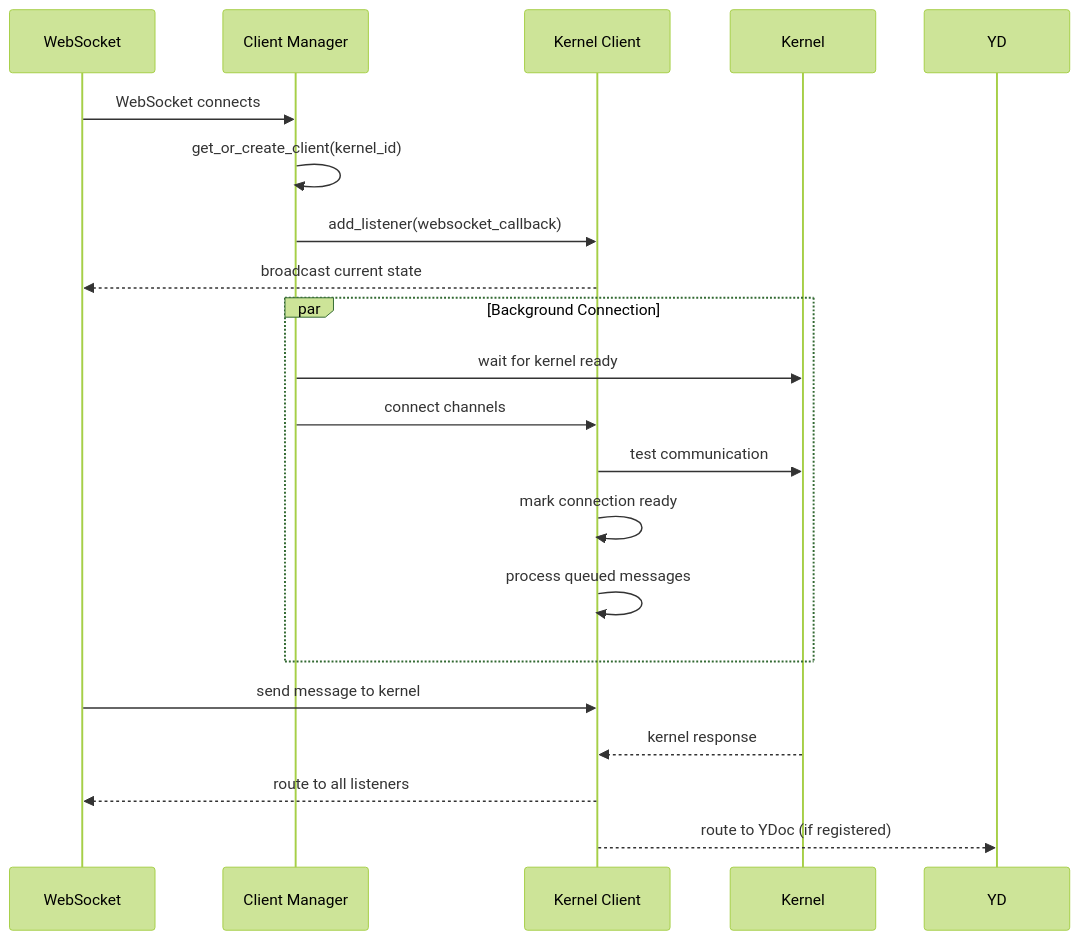
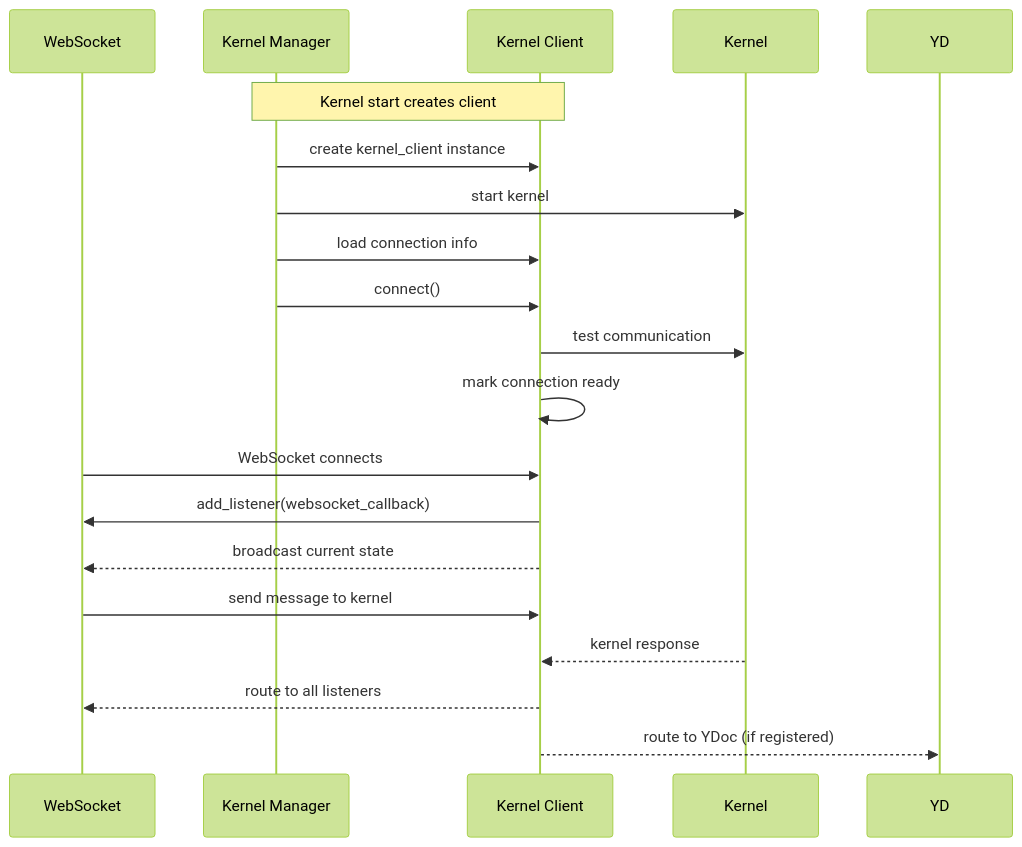
Before and after one commit to Zsailer/nextgen-kernels-api: the third of 3 diagrams in README.md, drawn with Mermaid (forest theme). The commit also changed other lines of this file and 1 other file, not shown here.

Commit message:
Remove unused client manager and update docs
- Delete client_manager.py (no longer used in architecture)
- Update README diagrams to show kernel manager owns client
- Update integration example to access client via kernel manager
- Remove references to client_manager from app.settings

````diff
--- a/README.md
+++ b/README.md
@@ -53,25 +53,24 @@
 ```mermaid
 sequenceDiagram
     participant WS as WebSocket
-    participant CM as Client Manager
+    participant KM as Kernel Manager
     participant KC as Kernel Client
     participant K as Kernel
 
-    WS->>CM: WebSocket connects
-    CM->>CM: get_or_create_client(kernel_id)
-    CM->>KC: add_listener(websocket_callback)
+    Note over KM,KC: Kernel start creates client
+    KM->>KC: create kernel_client instance
+    KM->>K: start kernel
+    KM->>KC: load connection info
+    KM->>KC: connect()
+    KC->>K: test communication
+    KC->>KC: mark connection ready
+
+    WS->>KC: WebSocket connects
+    KC->>WS: add_listener(websocket_callback)
     KC-->>WS: broadcast current state
-
-    par Background Connection
-        CM->>K: wait for kernel ready
-        CM->>KC: connect channels
-        KC->>K: test communication
-        KC->>KC: mark connection ready
-        KC->>KC: process queued messages
-    end
 
     WS->>KC: send message to kernel
     K-->>KC: kernel response
     KC-->>WS: route to all listeners
     KC-->>YD: route to YDoc (if registered)
 ```
````
